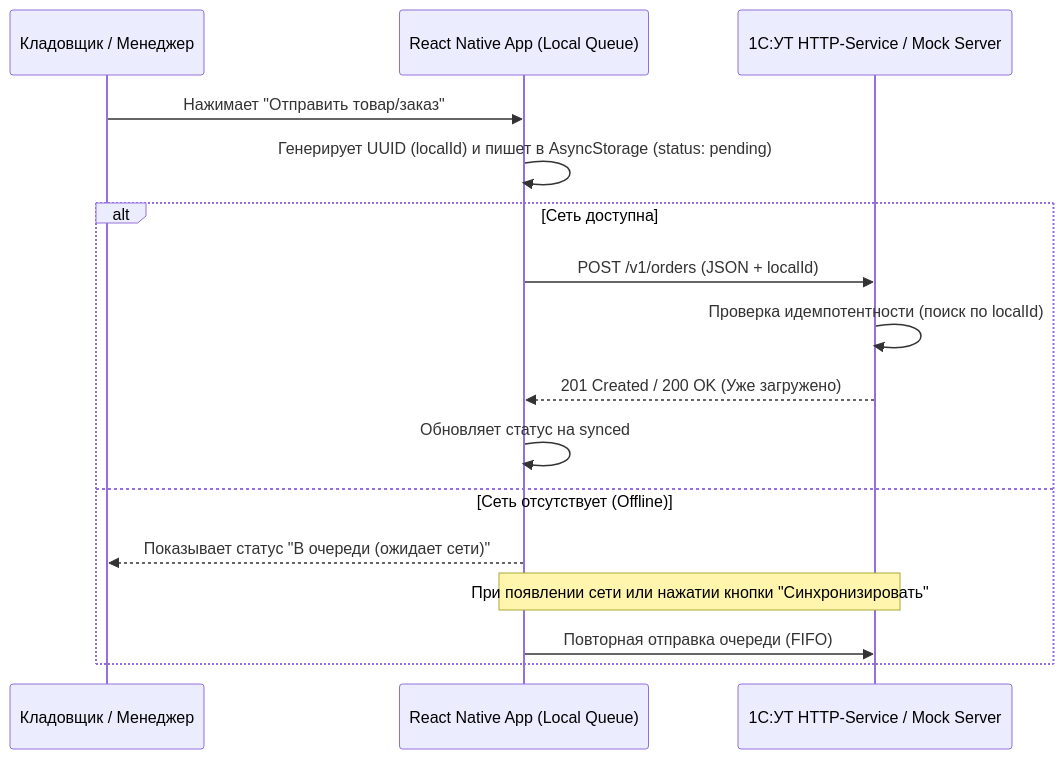
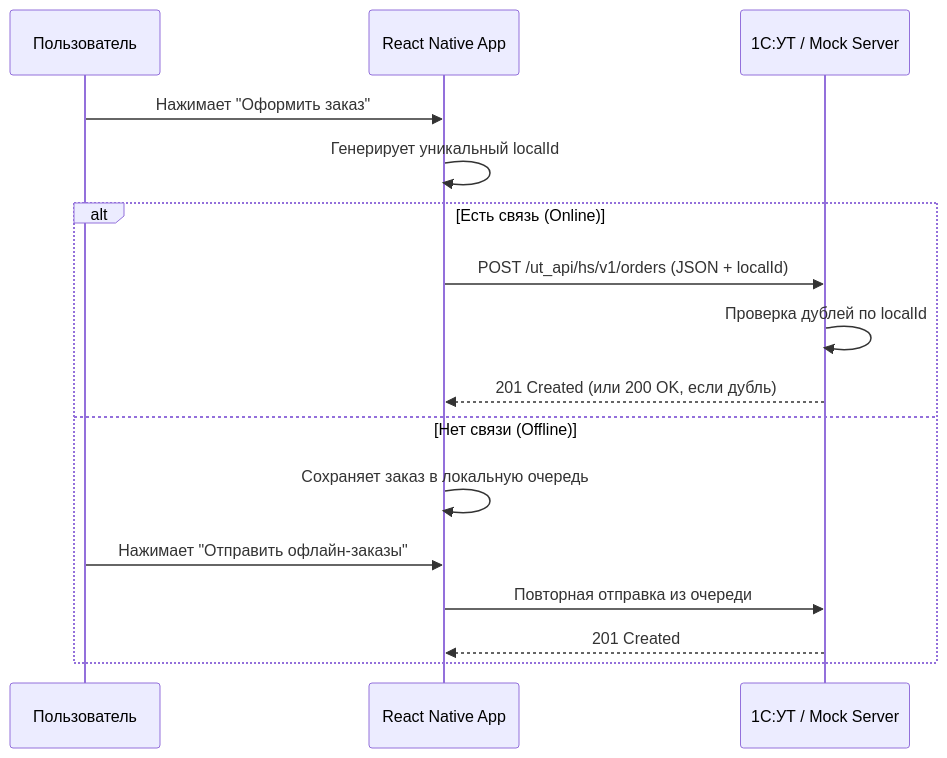
Before and after one commit to Liptor/project_1c_mobile: the diagram in README.md, drawn with Mermaid. The commit also changed other lines of this file and 1 other file, not shown here.

````diff
--- a/README.md
+++ b/README.md
@@ -22,19 +22,20 @@
 ```mermaid
 sequenceDiagram
-    participant User as Кладовщик / Менеджер
-    participant RN as React Native App (Local Queue)
-    participant API as 1C:УТ HTTP-Service / Mock Server
+    participant User as Пользователь
+    participant RN as React Native App
+    participant API as 1С:УТ / Mock Server
 
-    User->>RN: Нажимает "Отправить товар/заказ"
-    RN->>RN: Генерирует UUID (localId) и пишет в AsyncStorage (status: pending)
-    alt Сеть доступна
-        RN->>API: POST /v1/orders (JSON + localId)
-        API->>API: Проверка идемпотентности (поиск по localId)
-        API-->>RN: 201 Created / 200 OK (Уже загружено)
-        RN->>RN: Обновляет статус на synced
-    else Сеть отсутствует (Offline)
-        RN-->>User: Показывает статус "В очереди (ожидает сети)"
-        Note over RN,API: При появлении сети или нажатии кнопки "Синхронизировать"
-        RN->>API: Повторная отправка очереди (FIFO)
+    User->>RN: Нажимает "Оформить заказ"
+    RN->>RN: Генерирует уникальный localId
+
+    alt Есть связь (Online)
+        RN->>API: POST /ut_api/hs/v1/orders (JSON + localId)
+        API->>API: Проверка дублей по localId
+        API-->>RN: 201 Created (или 200 OK, если дубль)
+    else Нет связи (Offline)
+        RN->>RN: Сохраняет заказ в локальную очередь
+        User->>RN: Нажимает "Отправить офлайн-заказы"
+        RN->>API: Повторная отправка из очереди
+        API-->>RN: 201 Created
     end
 ```
````
